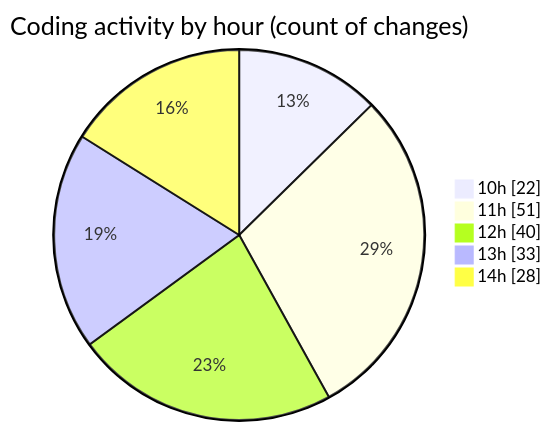
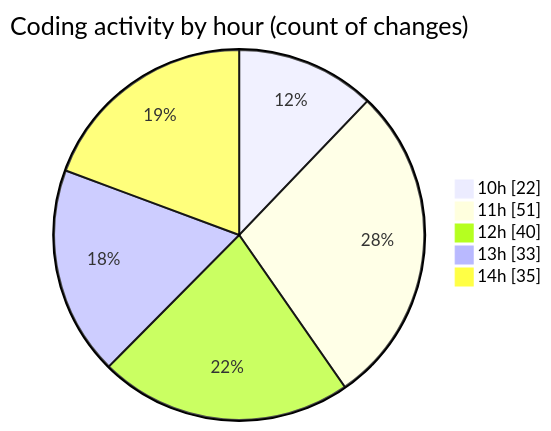
Before and after one commit to momahboobian/code-tracking: the second of 2 diagrams in 2025-04-29/cda/README.md, drawn with Mermaid. The commit also changed other lines of this file and 1 other file, not shown here.

````diff
--- a/2025-04-29/cda/README.md
+++ b/2025-04-29/cda/README.md
@@ -54,9 +54,9 @@
 ```mermaid
 pie showData
 title Coding activity by hour (count of changes)
 "10h" : 22
 "11h" : 51
 "12h" : 40
 "13h" : 33
-"14h" : 28
+"14h" : 35
 ```
````
